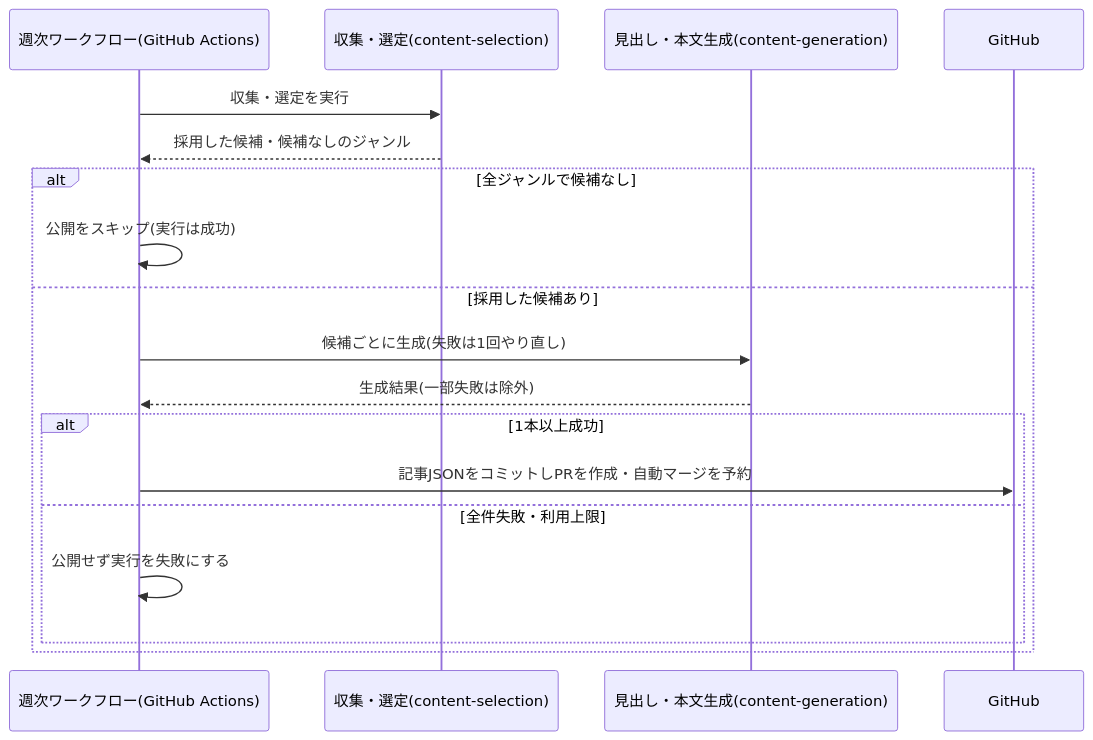
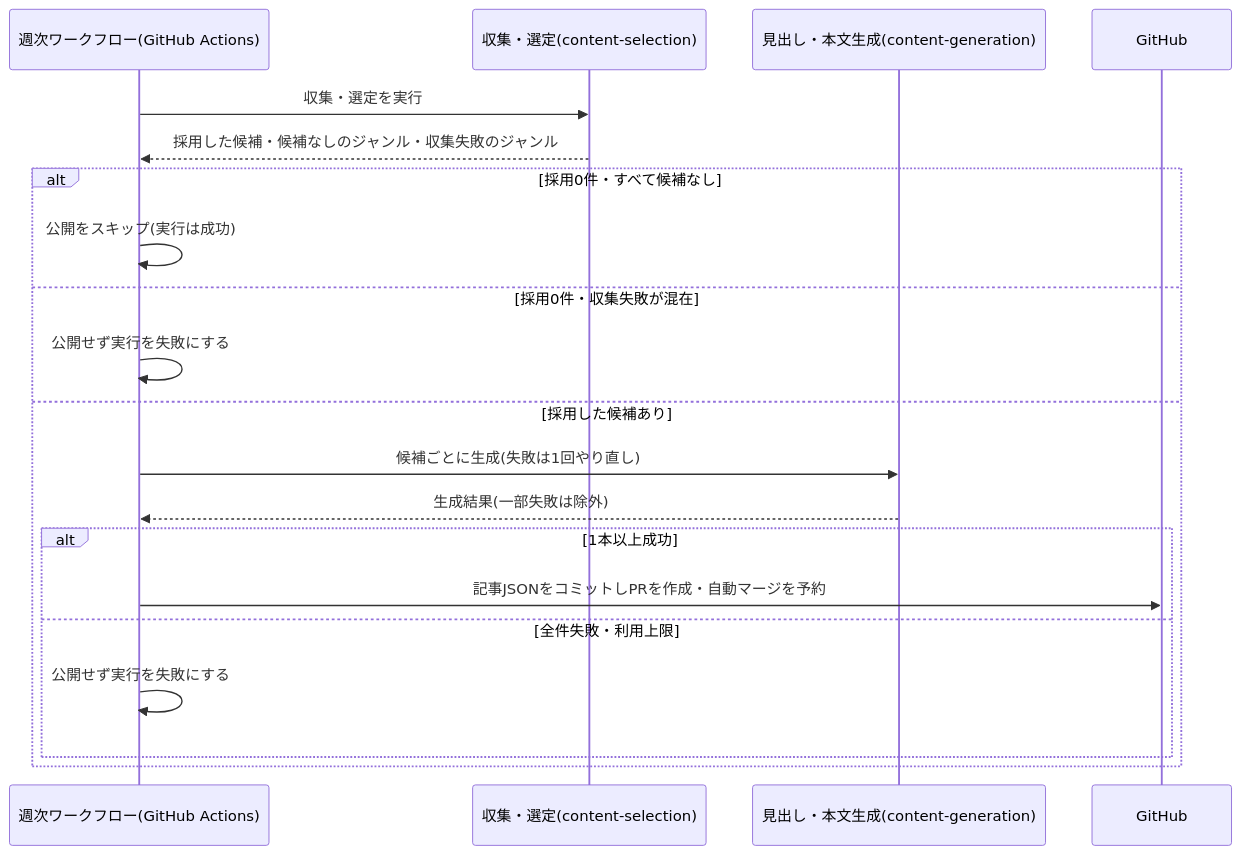
Before and after one commit to zakiyama0108/benriyatool: the diagram in specs/research-digest/weekly-publish/design.md, drawn with Mermaid. The commit also changed other lines of this file and 7 other files, not shown here.

````diff
--- a/specs/research-digest/weekly-publish/design.md
+++ b/specs/research-digest/weekly-publish/design.md
@@ -32,21 +32,23 @@
 ```mermaid
 sequenceDiagram
     participant actions as 週次ワークフロー(GitHub Actions)
     participant select as 収集・選定(content-selection)
     participant gen as 見出し・本文生成(content-generation)
     participant gh as GitHub
 
     actions ->> select: 収集・選定を実行
-    select -->> actions: 採用した候補・候補なしのジャンル
-    alt 全ジャンルで候補なし
+    select -->> actions: 採用した候補・候補なしのジャンル・収集失敗のジャンル
+    alt 採用0件・すべて候補なし
         actions ->> actions: 公開をスキップ(実行は成功)
+    else 採用0件・収集失敗が混在
+        actions ->> actions: 公開せず実行を失敗にする
     else 採用した候補あり
         actions ->> gen: 候補ごとに生成(失敗は1回やり直し)
         gen -->> actions: 生成結果(一部失敗は除外)
         alt 1本以上成功
             actions ->> gh: 記事JSONをコミットしPRを作成・自動マージを予約
         else 全件失敗・利用上限
             actions ->> actions: 公開せず実行を失敗にする
         end
     end
 ```
````
